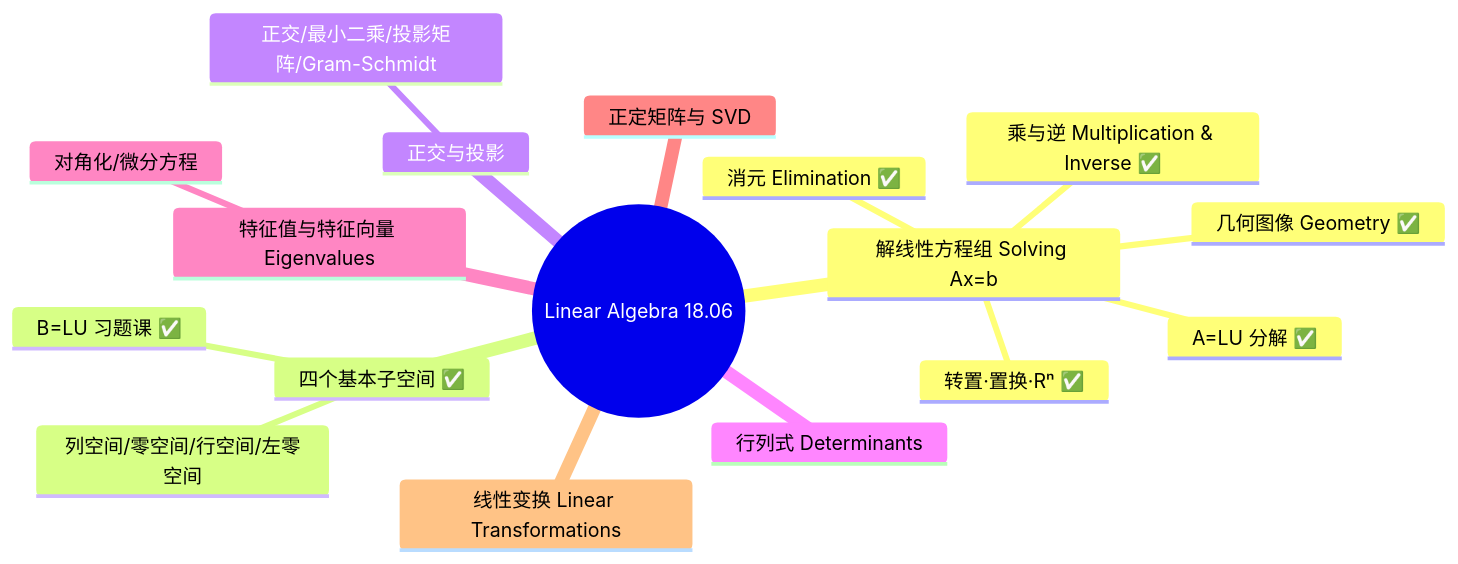
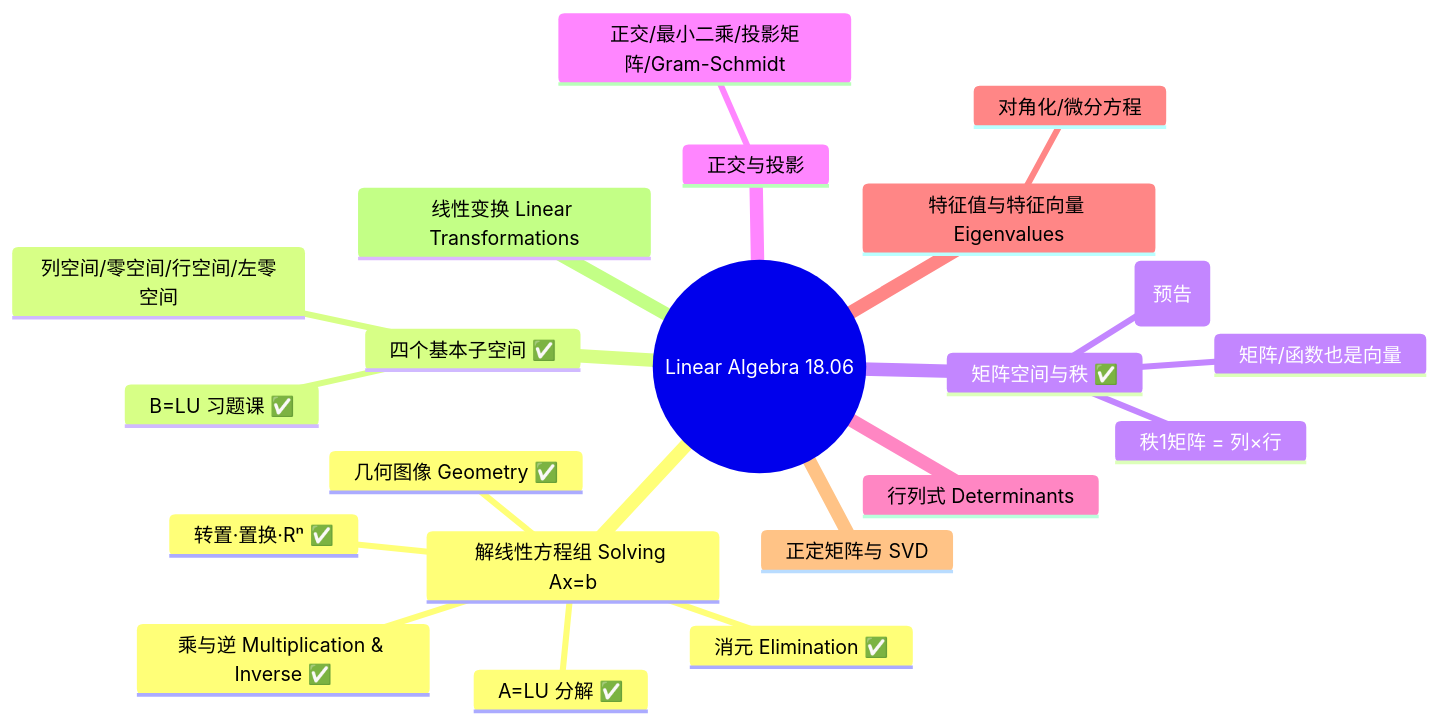
The diagram in Math/Linear Algebra/主页.md (Korotomx/STD), drawn with Mermaid before and after one commit. The commit also changed other lines of this file and 5 other files, not shown here.

````diff
--- a/Math/Linear Algebra/主页.md
+++ b/Math/Linear Algebra/主页.md
@@ -13,20 +13,24 @@
 ```mermaid
 mindmap
   root((Linear Algebra 18.06))
     解线性方程组 Solving Ax=b
       几何图像 Geometry ✅
       消元 Elimination ✅
       乘与逆 Multiplication & Inverse ✅
       A=LU 分解 ✅
       转置·置换·Rⁿ ✅
     四个基本子空间 ✅
       列空间/零空间/行空间/左零空间
       B=LU 习题课 ✅
+    矩阵空间与秩 ✅
+      矩阵/函数也是向量
+      秩1矩阵 = 列×行
+      小世界图(预告)
     正交与投影
       正交/最小二乘/投影矩阵/Gram-Schmidt
     行列式 Determinants
     特征值与特征向量 Eigenvalues
       对角化/微分方程
     正定矩阵与 SVD
     线性变换 Linear Transformations
 ```
````
